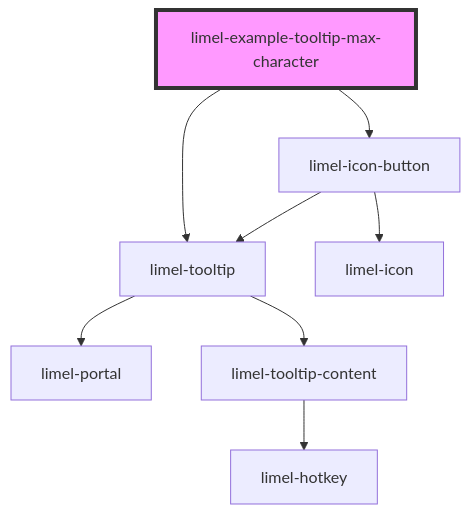
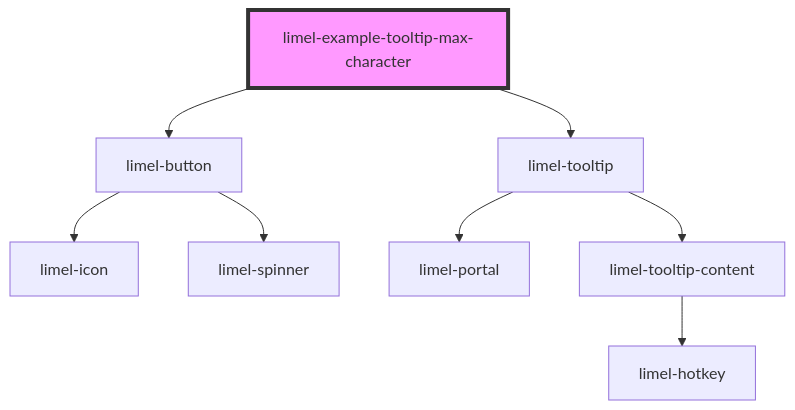
One commit to Lundalogik/lime-elements changed the diagram in versions/PR-4395/markdown-docs/components/tooltip/examples/readme.md. Above: the diagram before and after it, drawn with Mermaid. The commit also changed other lines of this file and 589 other files, not shown here.

````diff
--- a/versions/PR-4395/markdown-docs/components/tooltip/examples/readme.md
+++ b/versions/PR-4395/markdown-docs/components/tooltip/examples/readme.md
@@ -26,11 +26,11 @@
 ```mermaid
 graph TD;
-  limel-example-tooltip-max-character --> limel-icon-button
+  limel-example-tooltip-max-character --> limel-button
   limel-example-tooltip-max-character --> limel-tooltip
-  limel-icon-button --> limel-icon
-  limel-icon-button --> limel-tooltip
+  limel-button --> limel-icon
+  limel-button --> limel-spinner
   limel-tooltip --> limel-portal
   limel-tooltip --> limel-tooltip-content
   limel-tooltip-content --> limel-hotkey
   style limel-example-tooltip-max-character fill:#f9f,stroke:#333,stroke-width:4px
 ```
````
